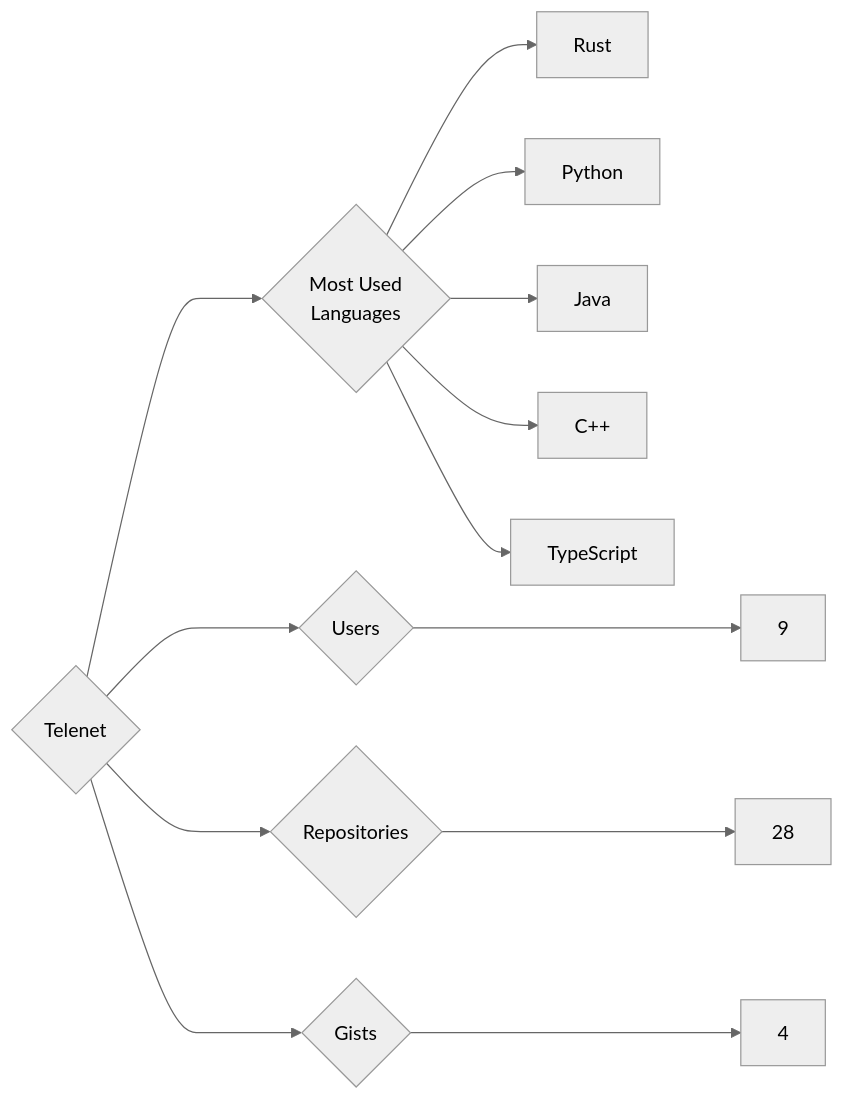
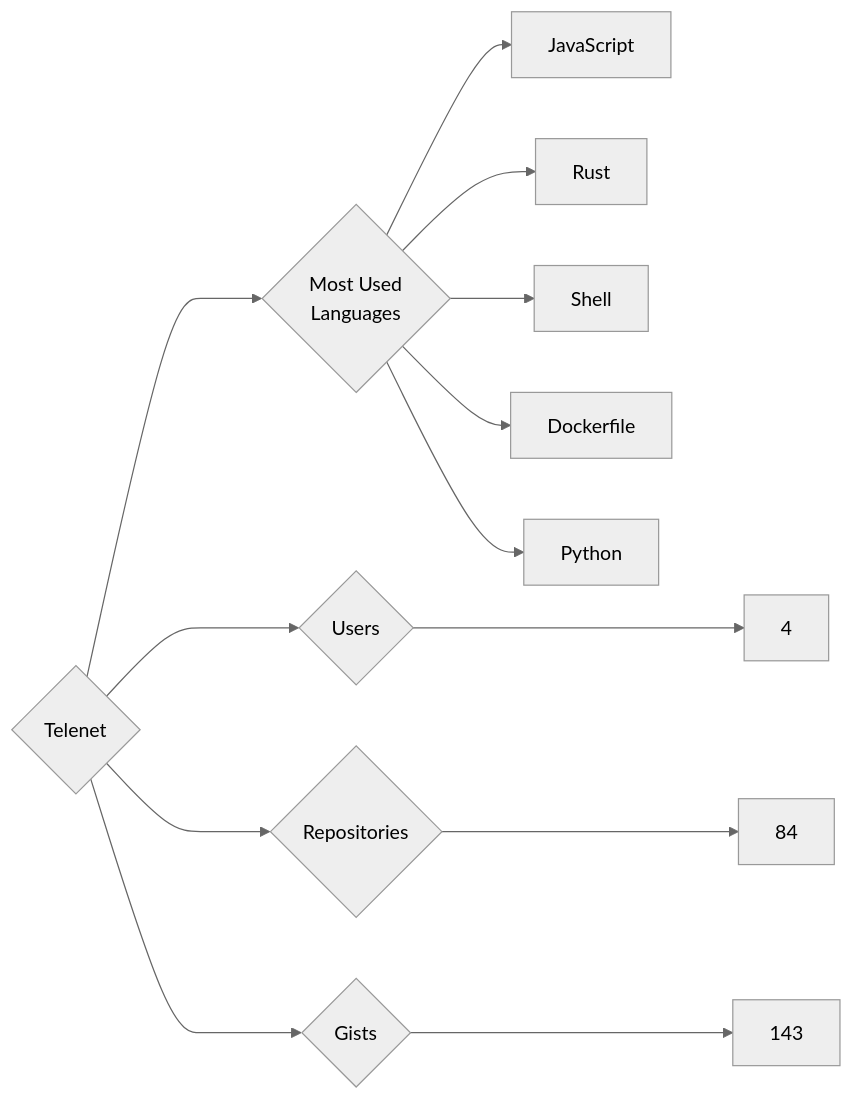
Before and after one commit to trickest/insiders: the diagram in targets/Telenet/README.md, drawn with Mermaid (neutral theme). The commit also changed 797 other files, not shown here.

````diff
--- a/targets/Telenet/README.md
+++ b/targets/Telenet/README.md
@@ -3,13 +3,13 @@
 ```mermaid
 graph LR
 COMPANY_NAME{Telenet}
-COMPANY_NAME ---> U{Users} ---> UN[9]
-COMPANY_NAME ---> R{Repositories} ---> RN[28]
-COMPANY_NAME ---> G{Gists} ---> GN[4]
+COMPANY_NAME ---> U{Users} ---> UN[4]
+COMPANY_NAME ---> R{Repositories} ---> RN[84]
+COMPANY_NAME ---> G{Gists} ---> GN[143]
 COMPANY_NAME ---> ML{Most Used<br>Languages}
+ML --> JavaScript[JavaScript]
 ML --> Rust[Rust]
+ML --> Shell[Shell]
+ML --> Dockerfile[Dockerfile]
 ML --> Python[Python]
-ML --> Java[Java]
-ML --> C++[C++]
-ML --> TypeScript[TypeScript]
 ```
````
